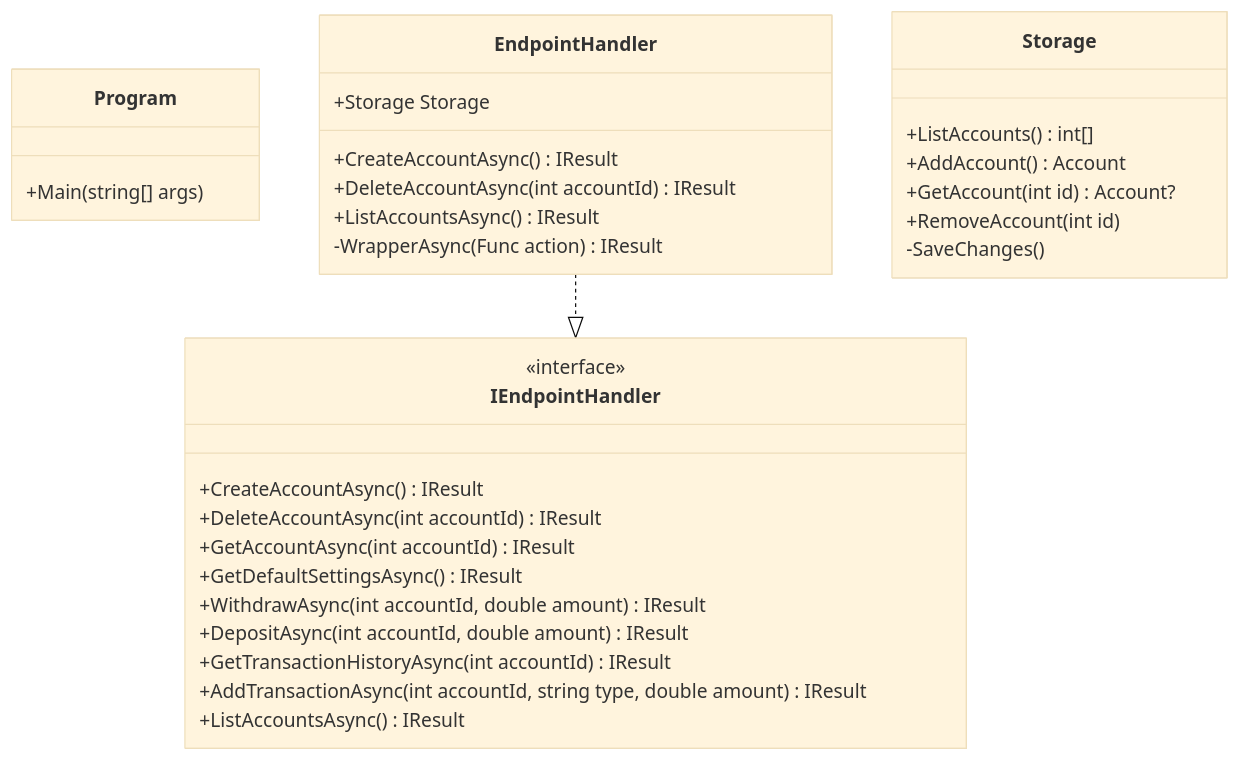
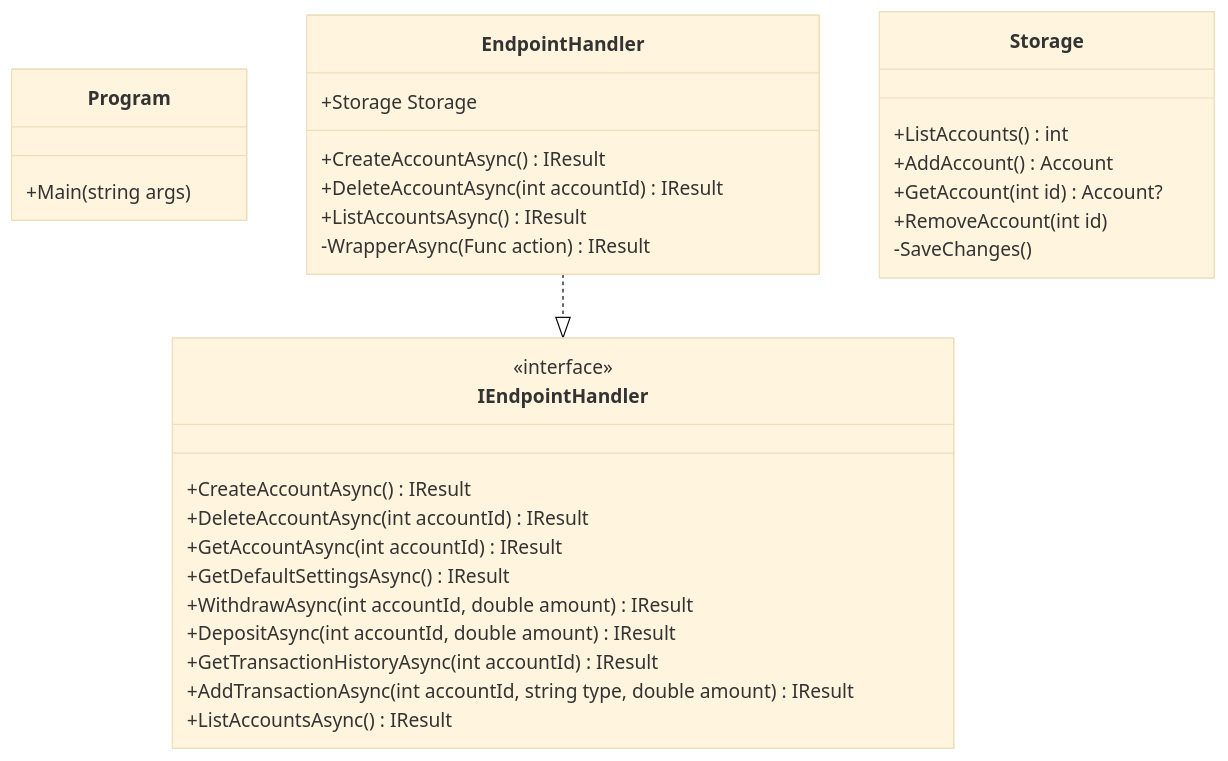
The first of 12 diagrams in README.md (ColoradoChristianUniversity/CIS-230-SP25-W12), drawn with Mermaid (base theme) before and after one commit. The commit also changed other lines of this file and 3 other files, not shown here.

````diff
--- a/README.md
+++ b/README.md
@@ -33,37 +32,37 @@
 ```mermaid
 classDiagram
     class Program {
-        +Main(string[] args)
+        +Main(string args)
     }
 
     class IEndpointHandler {
         <<interface>>
         +CreateAccountAsync() IResult
         +DeleteAccountAsync(int accountId) IResult
         +GetAccountAsync(int accountId) IResult
         +GetDefaultSettingsAsync() IResult
         +WithdrawAsync(int accountId, double amount) IResult
         +DepositAsync(int accountId, double amount) IResult
         +GetTransactionHistoryAsync(int accountId) IResult
         +AddTransactionAsync(int accountId, string type, double amount) IResult
         +ListAccountsAsync() IResult
     }
 
     class EndpointHandler {
         +Storage Storage
         +CreateAccountAsync() IResult
         +DeleteAccountAsync(int accountId) IResult
         +ListAccountsAsync() IResult
         -WrapperAsync(Func<IResult> action) IResult
     }
 
     class Storage {
-        +ListAccounts() int[]
+        +ListAccounts() int
         +AddAccount() Account
         +GetAccount(int id) Account?
         +RemoveAccount(int id)
         -SaveChanges()
     }
 
     EndpointHandler ..|> IEndpointHandler
 ```
````
